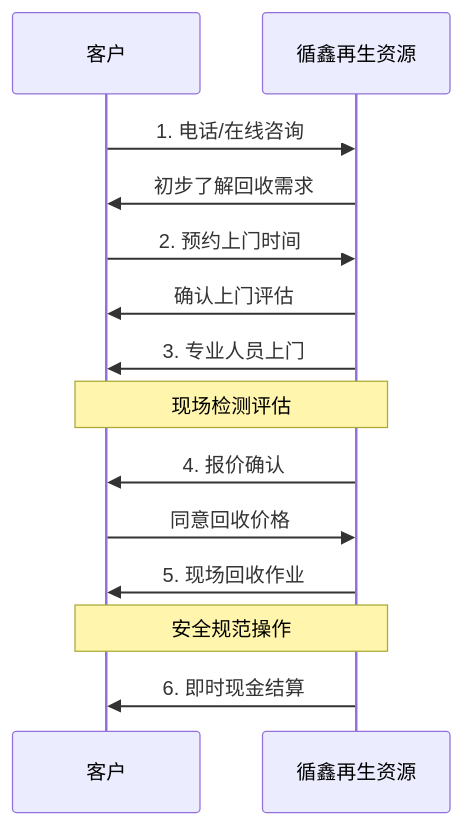
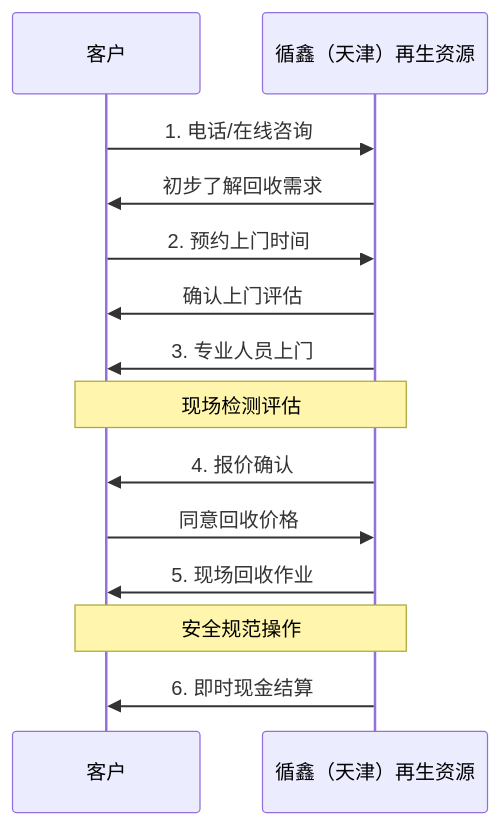
One commit to AIGC-OFFICE/xunxin changed the fourth of 5 diagrams in .qoder/quests/company-website-building.md. Above: the diagram before and after it, drawn with Mermaid. The commit also changed other lines of this file and 8 other files, not shown here.

````diff
--- a/.qoder/quests/company-website-building.md
+++ b/.qoder/quests/company-website-building.md
@@ -381,17 +381,17 @@
 ```mermaid
 sequenceDiagram
     participant C as 客户
-    participant S as 循鑫再生资源
+    participant S as 循鑫（天津）再生资源
     
     C->>S: 1. 电话/在线咨询
     S->>C: 初步了解回收需求
     C->>S: 2. 预约上门时间
     S->>C: 确认上门评估
     S->>C: 3. 专业人员上门
     Note over S,C: 现场检测评估
     S->>C: 4. 报价确认
     C->>S: 同意回收价格
     S->>C: 5. 现场回收作业
     Note over S,C: 安全规范操作
     S->>C: 6. 即时现金结算
 ```
````
